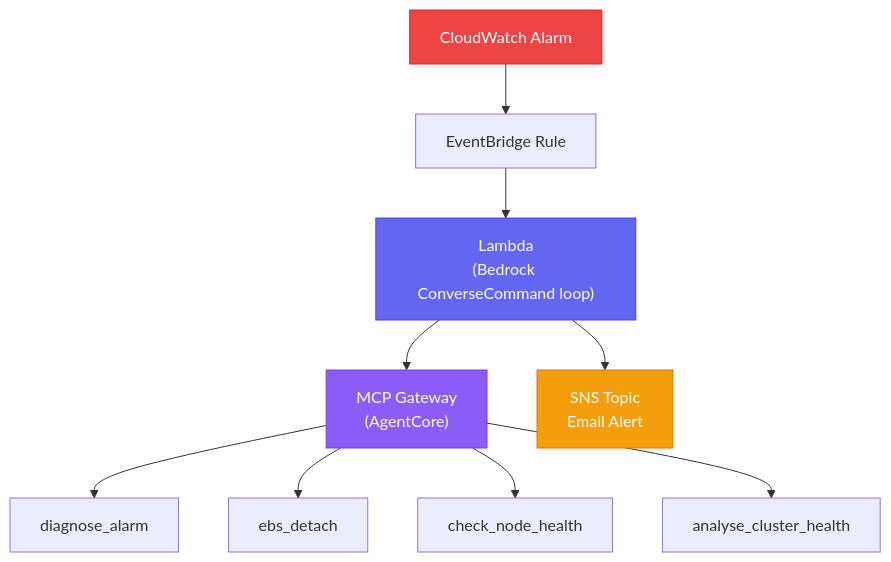
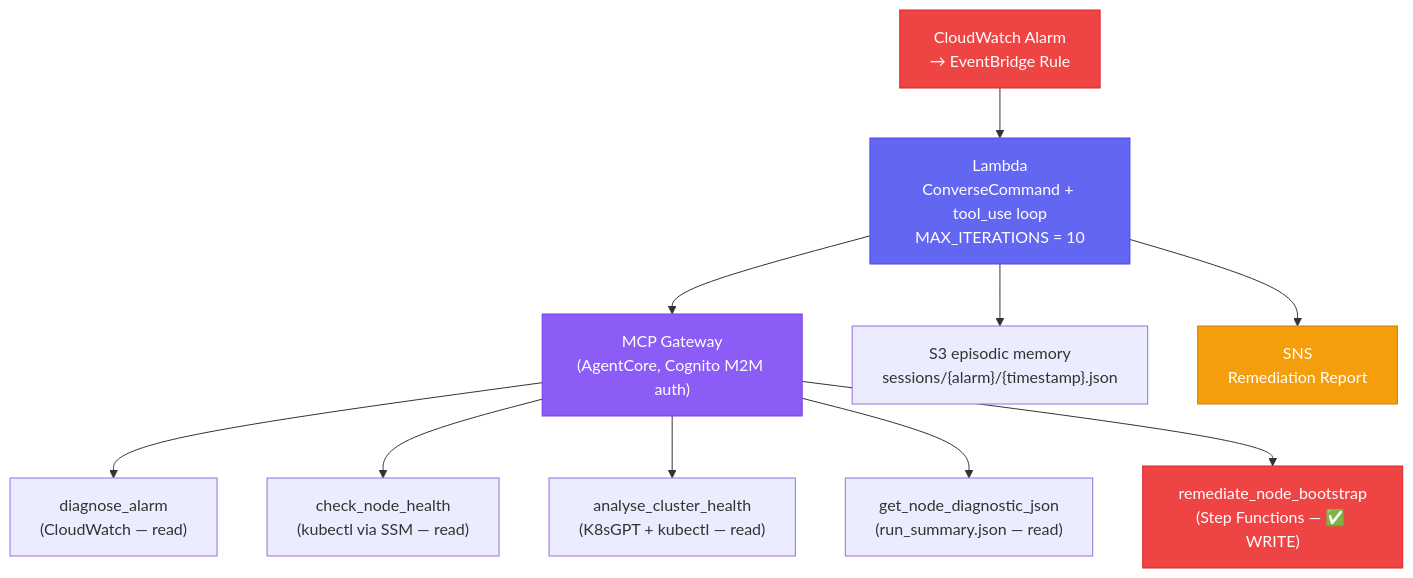
The diagram in wiki/concepts/self-healing-agent.md (Nelson-Lamounier/portfolio-research-brain), drawn with Mermaid before and after one commit. The commit also changed other lines of this file and 37 other files, not shown here.

````diff
--- a/wiki/concepts/self-healing-agent.md
+++ b/wiki/concepts/self-healing-agent.md
@@ -16,15 +18,17 @@
 ```mermaid
 flowchart TD
-    A["CloudWatch Alarm"] --> B["EventBridge Rule"]
-    B --> C["Lambda\n(Bedrock ConverseCommand loop)"]
-    C --> D["MCP Gateway\n(AgentCore)"]
-    D --> E1["diagnose_alarm"]
-    D --> E2["ebs_detach"]
-    D --> E3["check_node_health"]
-    D --> E4["analyse_cluster_health"]
-    C --> F["SNS Topic\nEmail Alert"]
+    A["CloudWatch Alarm\n→ EventBridge Rule"] --> B["Lambda\nConverseCommand + tool_use loop\nMAX_ITERATIONS = 10"]
+    B --> C["MCP Gateway\n(AgentCore, Cognito M2M auth)"]
+    C --> T1["diagnose_alarm\n(CloudWatch — read)"]
+    C --> T2["check_node_health\n(kubectl via SSM — read)"]
+    C --> T3["analyse_cluster_health\n(K8sGPT + kubectl — read)"]
+    C --> T4["get_node_diagnostic_json\n(run_summary.json — read)"]
+    C --> T5["remediate_node_bootstrap\n(Step Functions — ✅ WRITE)"]
+    B --> S["S3 episodic memory\nsessions/{alarm}/{timestamp}.json"]
+    B --> F["SNS\nRemediation Report"]
     style A fill:#ef4444,stroke:#dc2626,color:#fff
-    style C fill:#6366f1,stroke:#4f46e5,color:#fff
-    style D fill:#8b5cf6,stroke:#7c3aed,color:#fff
+    style B fill:#6366f1,stroke:#4f46e5,color:#fff
+    style T5 fill:#ef4444,stroke:#dc2626,color:#fff
+    style C fill:#8b5cf6,stroke:#7c3aed,color:#fff
     style F fill:#f59e0b,stroke:#d97706,color:#fff
 ```
````
